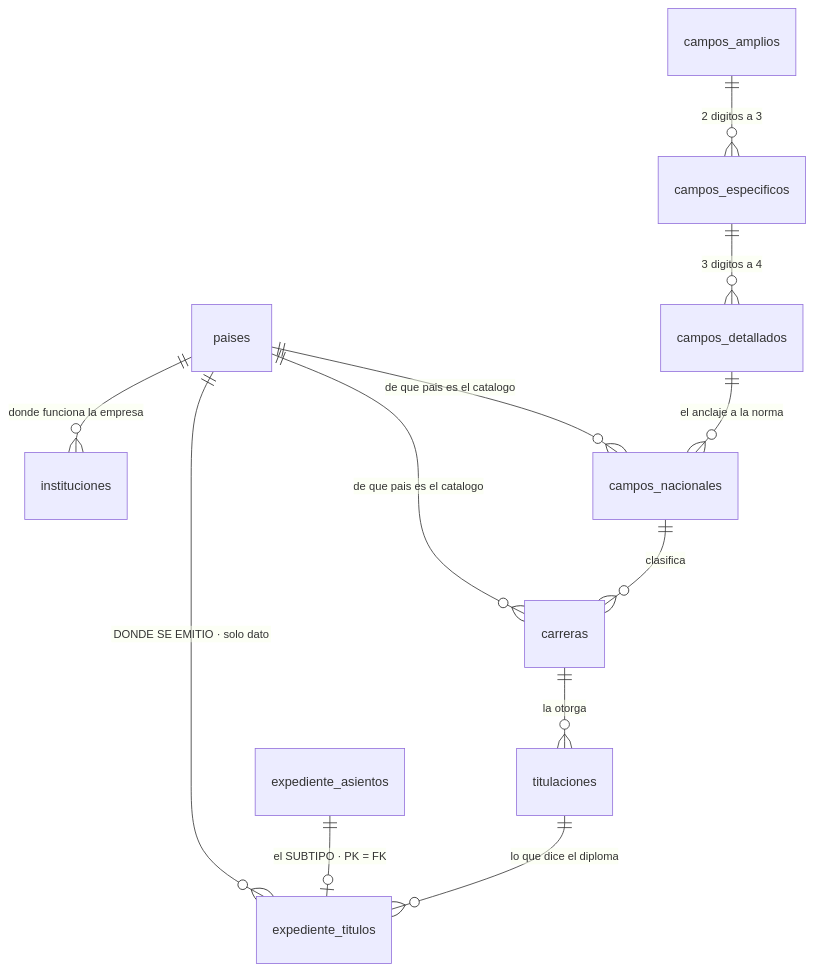
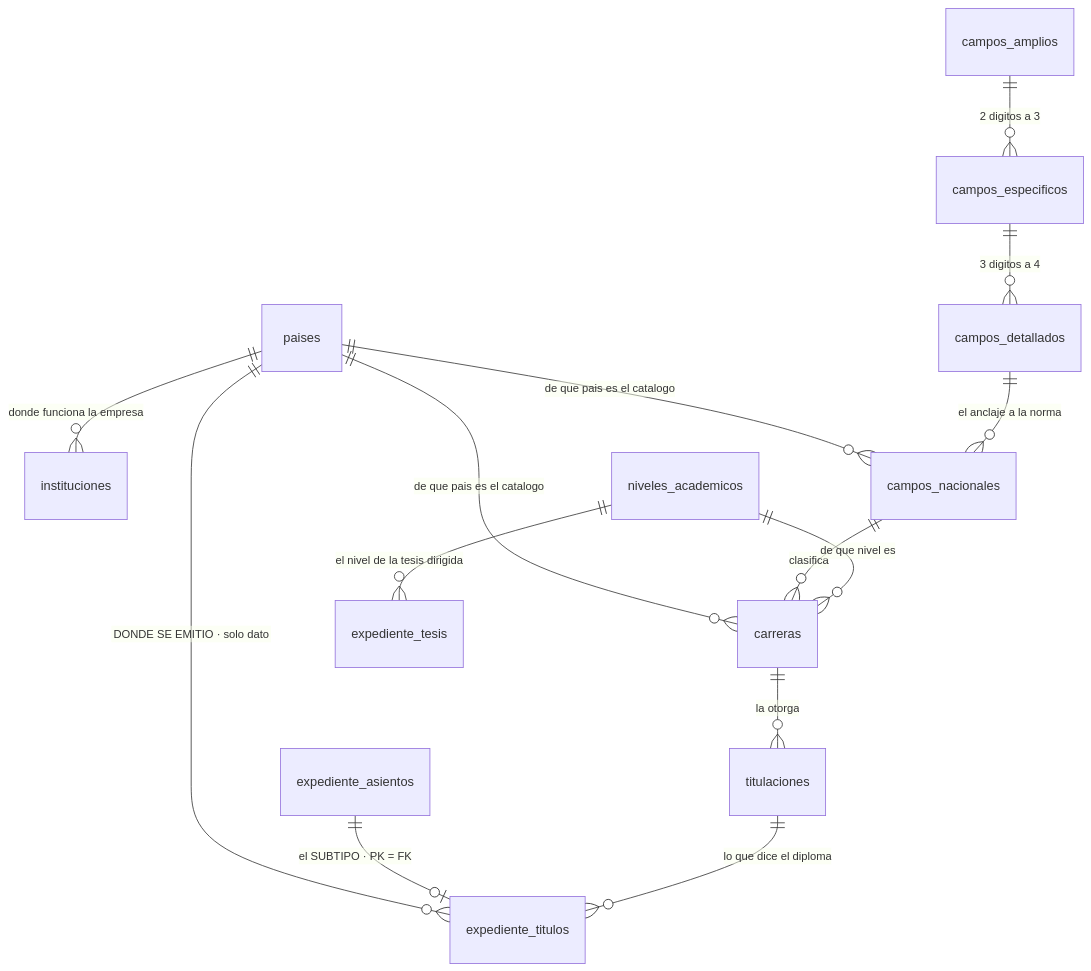
One commit to fresvel/deasy changed the fourth of 8 diagrams in docs/src/content/docs/complemento/expediente.md. Above: the diagram before and after it, drawn with Mermaid. The commit also changed other lines of this file and 2 other files, not shown here.

````diff
--- a/docs/src/content/docs/complemento/expediente.md
+++ b/docs/src/content/docs/complemento/expediente.md
@@ -277,17 +277,19 @@
 ```mermaid
 erDiagram
   paises ||--o{ instituciones : "donde funciona la empresa"
   paises ||--o{ campos_nacionales : "de que pais es el catalogo"
   paises ||--o{ carreras : "de que pais es el catalogo"
   paises ||--o{ expediente_titulos : "DONDE SE EMITIO · solo dato"
 
   campos_amplios ||--o{ campos_especificos : "2 digitos a 3"
   campos_especificos ||--o{ campos_detallados : "3 digitos a 4"
   campos_detallados ||--o{ campos_nacionales : "el anclaje a la norma"
 
   campos_nacionales ||--o{ carreras : "clasifica"
+  niveles_academicos ||--o{ carreras : "de que nivel es"
+  niveles_academicos ||--o{ expediente_tesis : "el nivel de la tesis dirigida"
   carreras ||--o{ titulaciones : "la otorga"
 
   expediente_asientos ||--o| expediente_titulos : "el SUBTIPO · PK = FK"
   titulaciones ||--o{ expediente_titulos : "lo que dice el diploma"
 ```
````
